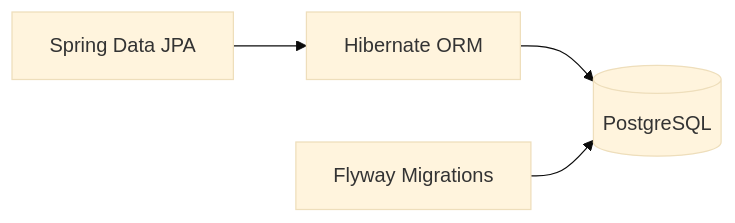
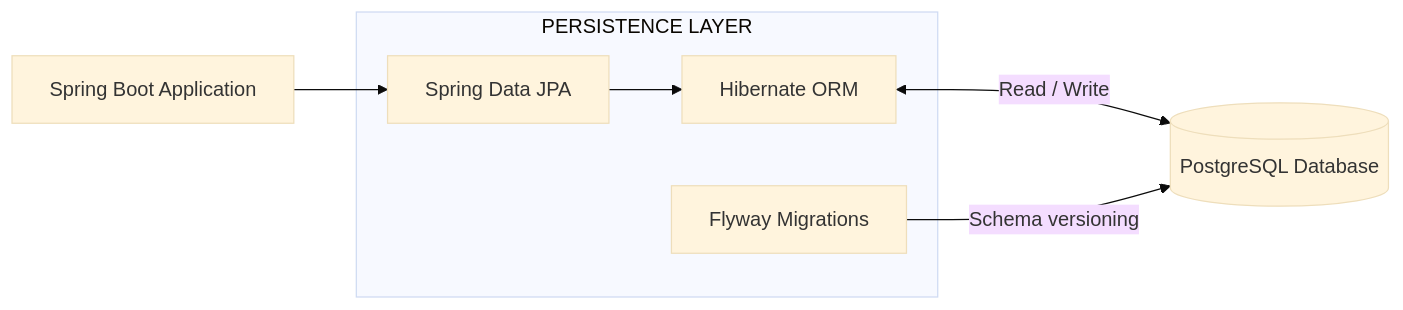
Diagram 11 of 18 in README.md (AnshCyberSec/nexus-arena), drawn with Mermaid (base theme) before and after one commit. The commit also changed other lines of this file, not shown here.

````diff
--- a/README.md
+++ b/README.md
@@ -333,11 +371,17 @@
 ```mermaid
 flowchart LR
-    JPA["Spring Data JPA"]
-    HIBERNATE["Hibernate ORM"]
-    POSTGRES[("PostgreSQL")]
-    FLYWAY["Flyway Migrations"]
+    APP["Spring Boot Application"]
 
-    JPA --> HIBERNATE
-    HIBERNATE --> POSTGRES
-    FLYWAY --> POSTGRES
+    subgraph DATA_LAYER["PERSISTENCE LAYER"]
+        JPA["Spring Data JPA"]
+        ORM["Hibernate ORM"]
+        FLYWAY["Flyway Migrations"]
+    end
+
+    DB[("PostgreSQL Database")]
+
+    APP --> JPA
+    JPA --> ORM
+    ORM <-->|"Read / Write"| DB
+    FLYWAY -->|"Schema versioning"| DB
 ```
````
